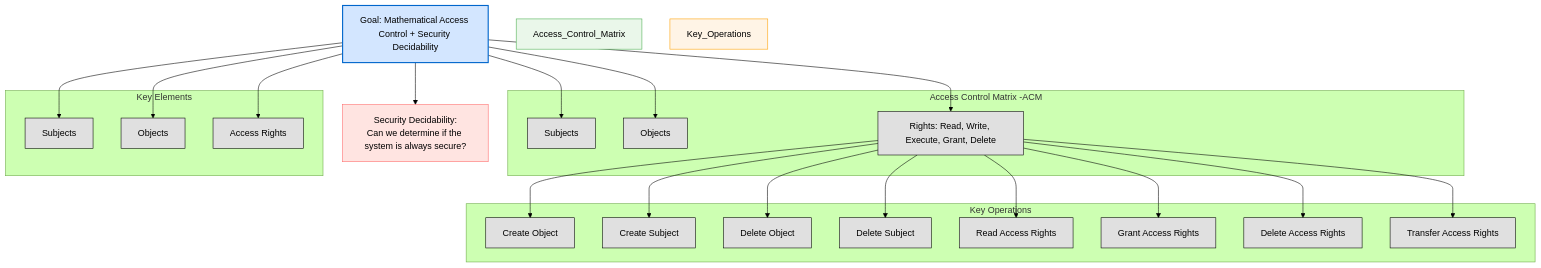
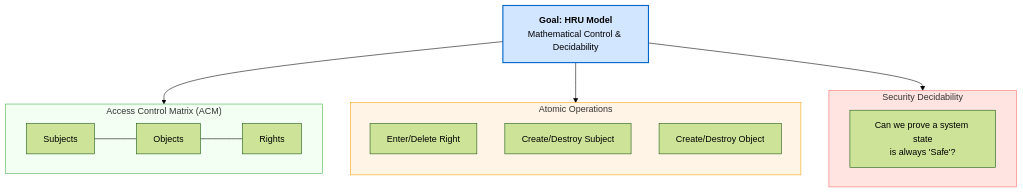
One commit to lorenzoleonelli/CISSP-Zero-to-Hero changed diagram 15 of 15 in DOMAIN3: Security Architecture and Engineering/3.02 Understand the fundamental concepts of security models (e.g. Biba, Star Model, Bell Lapadula).md. Above: the diagram before and after it, drawn with Mermaid (forest theme). The commit also changed other lines of this file, not shown here.

Commit message:
Update 3.02 Understand the fundamental concepts of security models (e.g. Biba, Star Model, Bell Lapadula).md

````diff
--- a/DOMAIN3: Security Architecture and Engineering/3.02 Understand the fundamental concepts of security models (e.g. Biba, Star Model, Bell Lapadula).md
+++ b/DOMAIN3: Security Architecture and Engineering/3.02 Understand the fundamental concepts of security models (e.g. Biba, Star Model, Bell Lapadula).md
@@ -590,57 +626,31 @@
 ```mermaid
 
 flowchart TD
-    A[Goal: Mathematical Access Control + Security Decidability]
+    A["<b>Goal: HRU Model</b><br/>Mathematical Control & Decidability"]
 
-    subgraph Access Control Matrix -ACM
-        ACM1[Subjects]
-        ACM2[Objects]
-        ACM3[Rights: Read, Write, Execute, Grant, Delete]
+    subgraph ACM ["Access Control Matrix (ACM)"]
+        direction LR
+        ACM1[Subjects] --- ACM2[Objects] --- ACM3[Rights]
     end
 
-    subgraph Key Elements
-        S[Subjects]
-        O[Objects]
-        R[Access Rights]
+    subgraph Operations ["Atomic Operations"]
+        direction TB
+        CO[Enter/Delete Right]
+        CS[Create/Destroy Subject]
+        DO[Create/Destroy Object]
     end
 
-    A --> ACM1
-    A --> ACM2
-    A --> ACM3
-    A --> S
-    A --> O
-    A --> R
-
-    subgraph Key Operations
-        CO[Create Object]
-        CS[Create Subject]
-        DO[Delete Object]
-        DS[Delete Subject]
-        RAR[Read Access Rights]
-        GAR[Grant Access Rights]
-        DAR[Delete Access Rights]
-        TAR[Transfer Access Rights]
+    subgraph Decidability ["Security Decidability"]
+        SD["Can we prove a system state<br/>is always 'Safe'?"]
     end
 
-    ACM3 --> CO
-    ACM3 --> CS
-    ACM3 --> DO
-    ACM3 --> DS
-    ACM3 --> RAR
-    ACM3 --> GAR
-    ACM3 --> DAR
-    ACM3 --> TAR
-
-    A --> SecurityDecidability["Security Decidability:<br/>Can we determine if the system is always secure?"]
+    A --> ACM
+    A --> Operations
+    A --> Decidability
 
     style A fill:#d3e6ff,stroke:#0066cc,stroke-width:2px
-    style Access_Control_Matrix fill:#eaf7ea,stroke:#4caf50
-    style Key_Operations fill:#fff4e6,stroke:#ffa000
-    style SecurityDecidability fill:#ffe4e1,stroke:#ff6b6b
-
-
-
-    classDef center fill:#ffffff,color:#000000,stroke:#000000,stroke-width:1px,font-weight:bold
-    classDef node fill:#e0e0e0,color:#000000,stroke:#000000,stroke-width:1px
+    style ACM fill:#f2fff2,stroke:#4caf50
+    style Operations fill:#fff4e6,stroke:#ffa000
+    style Decidability fill:#ffe4e1,stroke:#ff6b6b
 
 ```
````
